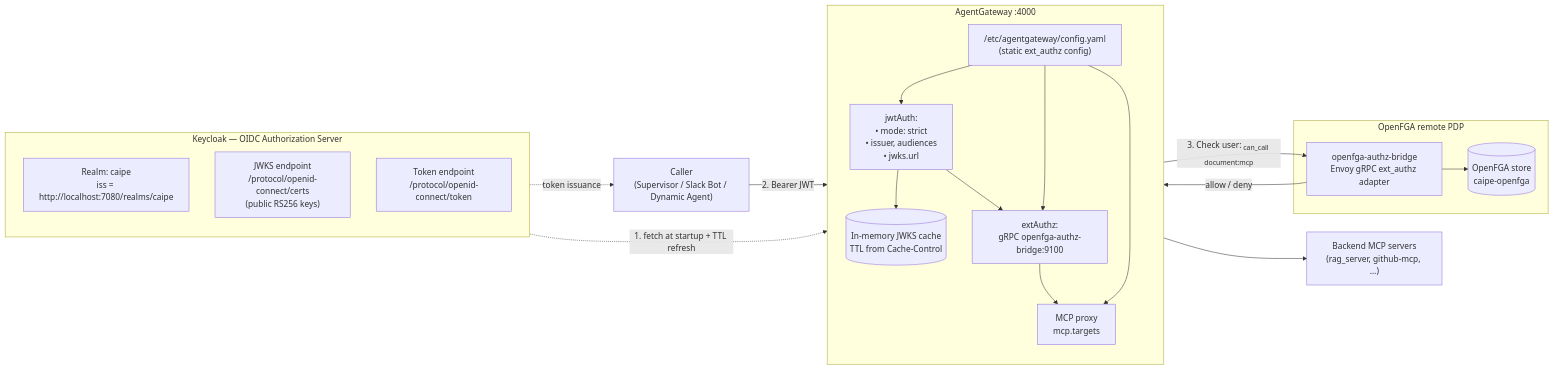
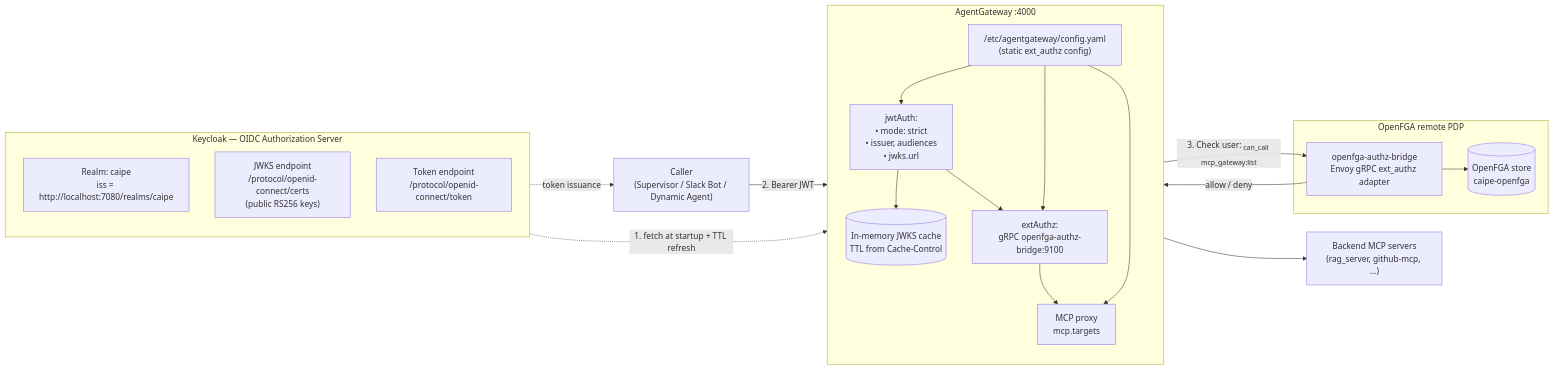
One commit to cnoe-io/ai-platform-engineering changed the second of 2 diagrams in docs/docs/security/rbac/architecture.md. Above: the diagram before and after it, drawn with Mermaid. The commit also changed other lines of this file and 204 other files, not shown here.

````diff
--- a/docs/docs/security/rbac/architecture.md
+++ b/docs/docs/security/rbac/architecture.md
@@ -487,37 +604,37 @@
 ```mermaid
 flowchart LR
   subgraph Keycloak["Keycloak — OIDC Authorization Server"]
     direction TB
     KC_ISS["Realm: caipe<br/>iss = http://localhost:7080/realms/caipe"]
     KC_JWKS["JWKS endpoint<br/>/protocol/openid-connect/certs<br/>(public RS256 keys)"]
     KC_TOK["Token endpoint<br/>/protocol/openid-connect/token"]
   end
 
   subgraph AG["AgentGateway :4000"]
     direction TB
     CFG["/etc/agentgateway/config.yaml<br/>(static ext_authz config)"]
     JWKS_CACHE[("In-memory JWKS cache<br/>TTL from Cache-Control")]
     JWT_VAL["jwtAuth:<br/>• mode: strict<br/>• issuer, audiences<br/>• jwks.url"]
     EXT["extAuthz:<br/>gRPC openfga-authz-bridge:9100"]
     PROXY["MCP proxy<br/>mcp.targets"]
     CFG --> JWT_VAL
     CFG --> EXT
     CFG --> PROXY
     JWT_VAL --> JWKS_CACHE
   end
 
   subgraph FGA["OpenFGA remote PDP"]
     BRIDGE["openfga-authz-bridge<br/>Envoy gRPC ext_authz adapter"]
     STORE[("OpenFGA store<br/>caipe-openfga")]
     BRIDGE --> STORE
   end
 
   KC_JWKS -.->|1. fetch at startup + TTL refresh| JWKS_CACHE
   Client["Caller<br/>(Supervisor / Slack Bot / Dynamic Agent)"] -->|2. Bearer JWT| JWT_VAL
   JWT_VAL --> EXT
-  EXT -->|3. Check user:<sub> can_call document:mcp| BRIDGE
+  EXT -->|3. Check user:<sub> can_call mcp_gateway:list| BRIDGE
   BRIDGE -->|allow / deny| EXT
   EXT --> PROXY
   PROXY --> MCP["Backend MCP servers<br/>(rag_server, github-mcp, …)"]
   KC_TOK -.->|token issuance| Client
 ```
````
